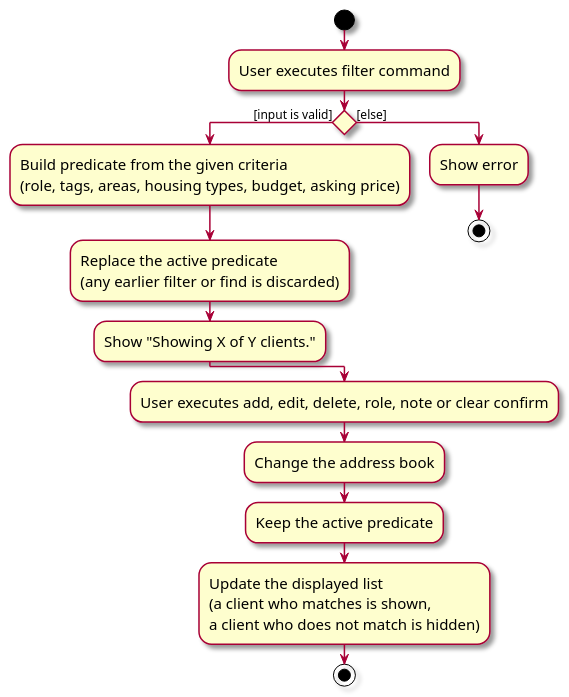
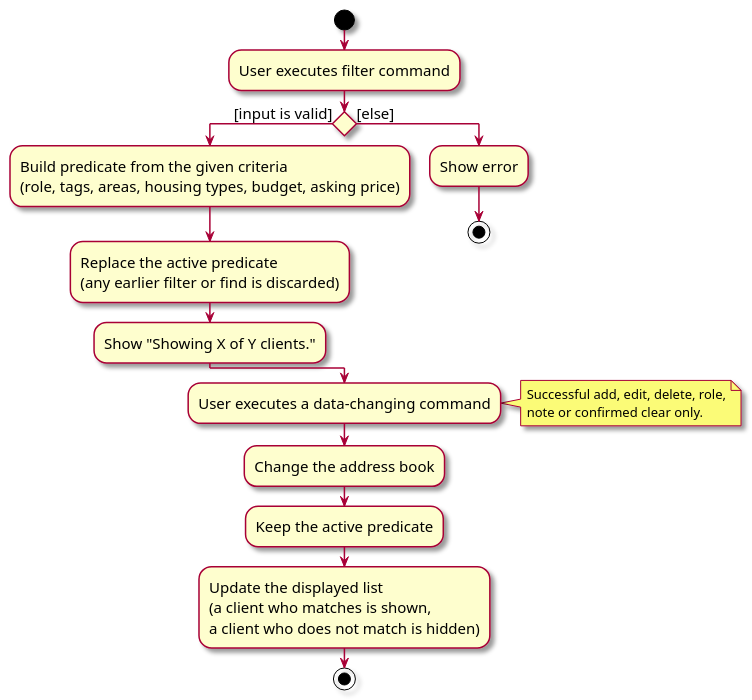
Before and after one commit to AY2627S1-CS2103T-W09-3/tp: the diagram in docs/diagrams/FilterActivityDiagram.puml, drawn with PlantUML. The commit also changed 18 other files, not shown here.

First line of the commit message:
Simplify developer guide diagrams

```diff
--- a/docs/diagrams/FilterActivityDiagram.puml
+++ b/docs/diagrams/FilterActivityDiagram.puml
@@ -1,29 +1,33 @@
 @startuml
 skin rose
 skinparam ActivityFontSize 15
-skinparam ArrowFontSize 12
+skinparam ArrowFontSize 15
 start
 :User executes filter command;
 
 'Since the beta syntax does not support placing the condition outside the
 'diamond we place it as the true branch instead.
 
 if () then ([input is valid])
     :Build predicate from the given criteria
     (role, tags, areas, housing types, budget, asking price);
     :Replace the active predicate
     (any earlier filter or find is discarded);
     :Show "Showing X of Y clients.";
 else ([else])
     :Show error;
     stop
 endif
 
-:User executes add, edit, delete, role, note or clear confirm;
+:User executes a data-changing command;
+note right
+Successful add, edit, delete, role,
+note or confirmed clear only.
+end note
 :Change the address book;
 :Keep the active predicate;
 :Update the displayed list
 (a client who matches is shown,
 a client who does not match is hidden);
 stop
 @enduml
```
